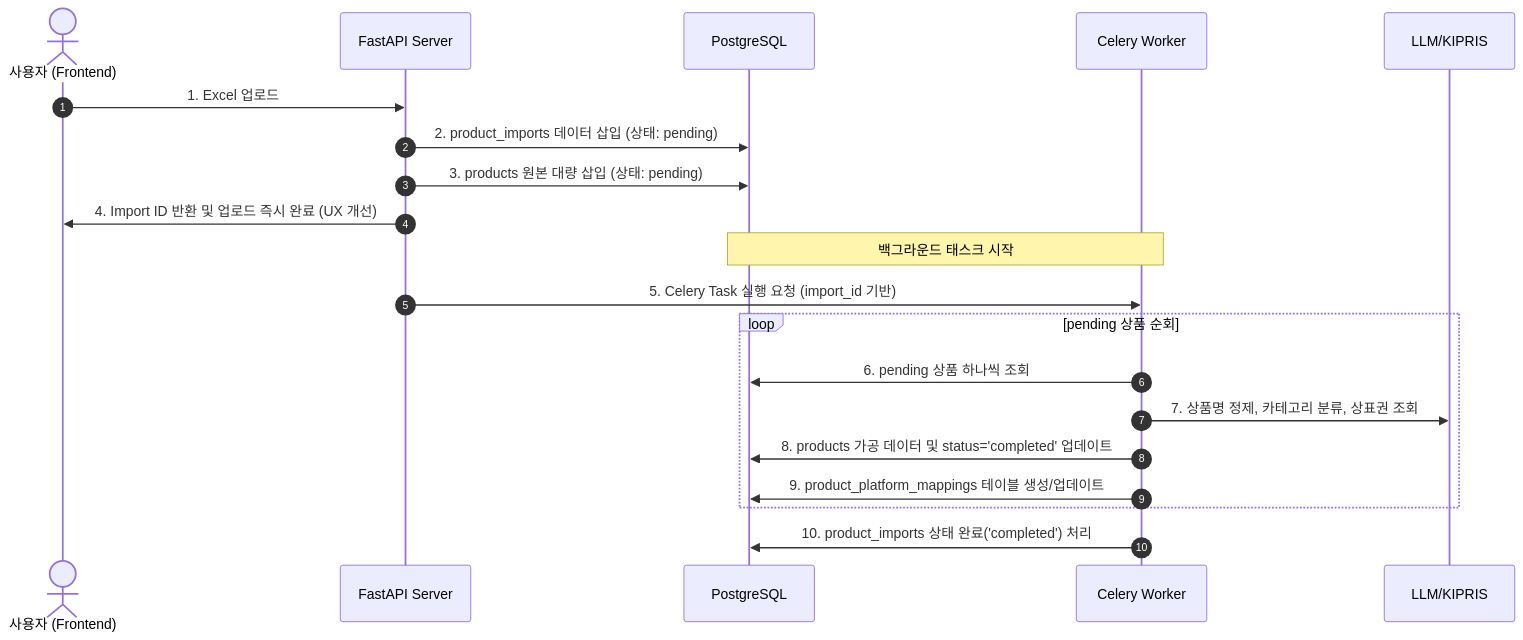
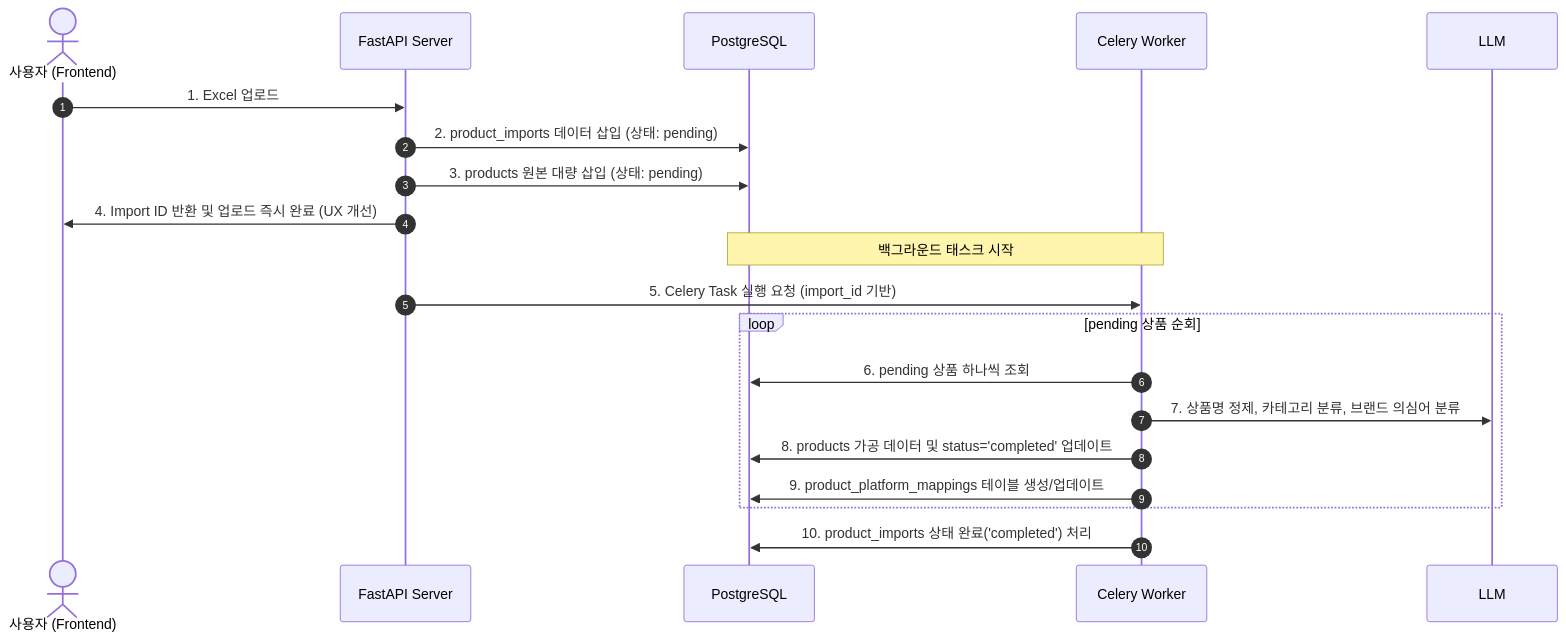
One commit to YoonJae00/auto-selp-ver2 changed the diagram in docs/superpowers/plans/2026-05-20-product-db-migration.md. Above: the diagram before and after it, drawn with Mermaid. The commit also changed 39 other files, not shown here.

````diff
--- a/docs/superpowers/plans/2026-05-20-product-db-migration.md
+++ b/docs/superpowers/plans/2026-05-20-product-db-migration.md
@@ -117,25 +117,25 @@
 ```mermaid
 sequenceDiagram
     autonumber
     actor User as 사용자 (Frontend)
     participant API as FastAPI Server
     participant DB as PostgreSQL
     participant Worker as Celery Worker
     
     User->>API: 1. Excel 업로드
     API->>DB: 2. product_imports 데이터 삽입 (상태: pending)
     API->>DB: 3. products 원본 대량 삽입 (상태: pending)
     API->>User: 4. Import ID 반환 및 업로드 즉시 완료 (UX 개선)
     
     Note over Worker, DB: 백그라운드 태스크 시작
     API->>Worker: 5. Celery Task 실행 요청 (import_id 기반)
     
     loop pending 상품 순회
         Worker->>DB: 6. pending 상품 하나씩 조회
-        Worker->>LLM/KIPRIS: 7. 상품명 정제, 카테고리 분류, 상표권 조회
+        Worker->>LLM: 7. 상품명 정제, 카테고리 분류, 브랜드 의심어 분류
         Worker->>DB: 8. products 가공 데이터 및 status='completed' 업데이트
         Worker->>DB: 9. product_platform_mappings 테이블 생성/업데이트
     end
     
     Worker->>DB: 10. product_imports 상태 완료('completed') 처리
 ```
````
